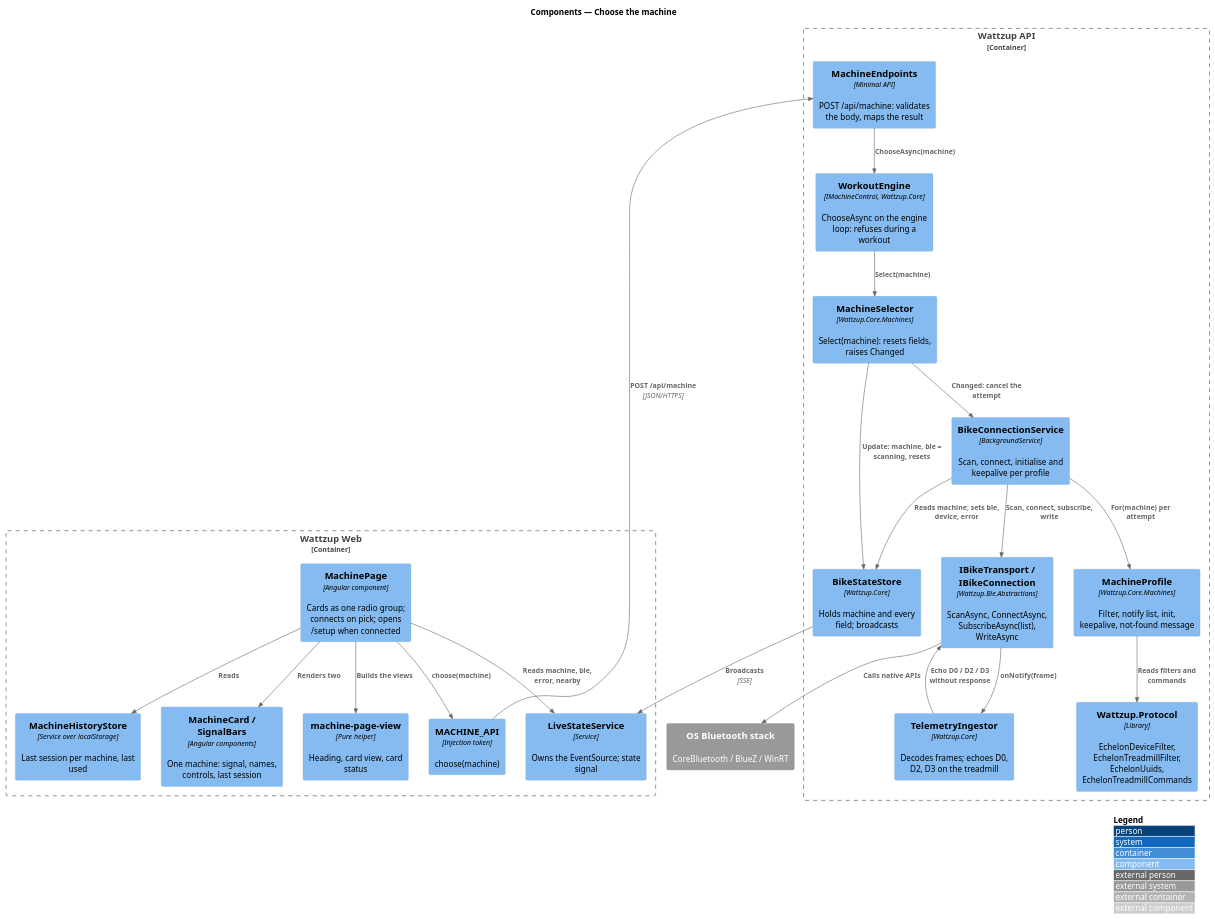
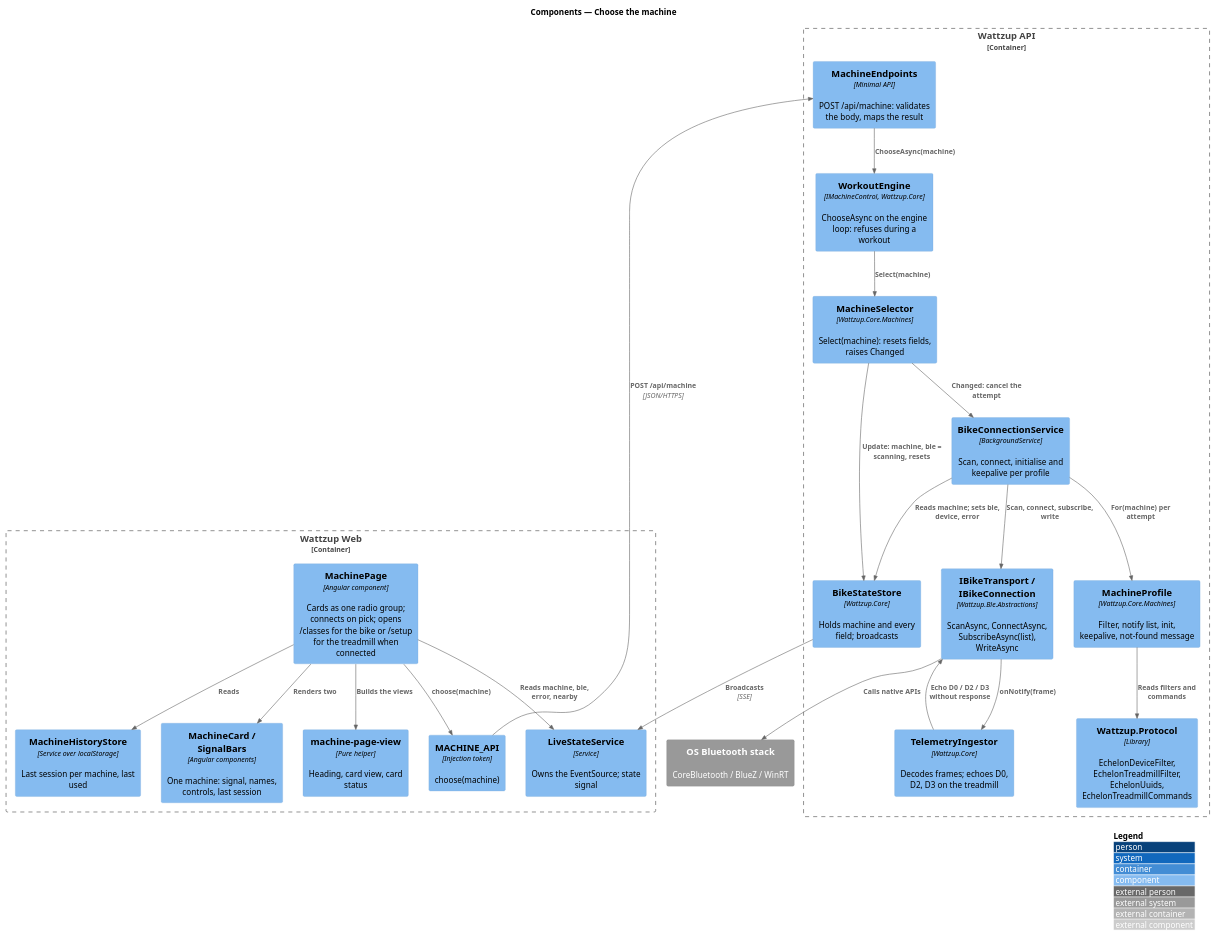
The diagram in docs/detailed-designs/treadmill/choose-machine/diagrams/c4-component.puml (QuinntyneBrown/ride-one), drawn with PlantUML before and after one commit. The commit also changed 47 other files, not shown here.

```diff
--- a/docs/detailed-designs/treadmill/choose-machine/diagrams/c4-component.puml
+++ b/docs/detailed-designs/treadmill/choose-machine/diagrams/c4-component.puml
@@ -1,45 +1,45 @@
 @startuml
 !include <C4/C4_Component>
 LAYOUT_WITH_LEGEND()
 title Components — Choose the machine
 
 Container_Boundary(web, "Wattzup Web") {
-  Component(page, "MachinePage", "Angular component", "Cards as one radio group; connects on pick; opens /setup when connected")
+  Component(page, "MachinePage", "Angular component", "Cards as one radio group; connects on pick; opens /classes for the bike or /setup for the treadmill when connected")
   Component(card, "MachineCard / SignalBars", "Angular components", "One machine: signal, names, controls, last session")
   Component(view, "machine-page-view", "Pure helper", "Heading, card view, card status")
   Component(history, "MachineHistoryStore", "Service over localStorage", "Last session per machine, last used")
   Component(live, "LiveStateService", "Service", "Owns the EventSource; state signal")
   Component(mapi, "MACHINE_API", "Injection token", "choose(machine)")
 }
 Container_Boundary(api, "Wattzup API") {
   Component(ep, "MachineEndpoints", "Minimal API", "POST /api/machine: validates the body, maps the result")
   Component(engine, "WorkoutEngine", "IMachineControl, Wattzup.Core", "ChooseAsync on the engine loop: refuses during a workout")
   Component(sel, "MachineSelector", "Wattzup.Core.Machines", "Select(machine): resets fields, raises Changed")
   Component(profile, "MachineProfile", "Wattzup.Core.Machines", "Filter, notify list, init, keepalive, not-found message")
   Component(svc, "BikeConnectionService", "BackgroundService", "Scan, connect, initialise and keepalive per profile")
   Component(ingest, "TelemetryIngestor", "Wattzup.Core", "Decodes frames; echoes D0, D2, D3 on the treadmill")
   Component(store, "BikeStateStore", "Wattzup.Core", "Holds machine and every field; broadcasts")
   Component(proto, "Wattzup.Protocol", "Library", "EchelonDeviceFilter, EchelonTreadmillFilter, EchelonUuids, EchelonTreadmillCommands")
   Component(transport, "IBikeTransport / IBikeConnection", "Wattzup.Ble.Abstractions", "ScanAsync, ConnectAsync, SubscribeAsync(list), WriteAsync")
 }
 System_Ext(os, "OS Bluetooth stack", "CoreBluetooth / BlueZ / WinRT")
 
 Rel(page, card, "Renders two")
 Rel(page, view, "Builds the views")
 Rel(page, history, "Reads")
 Rel(page, live, "Reads machine, ble, error, nearby")
 Rel(page, mapi, "choose(machine)")
 Rel(mapi, ep, "POST /api/machine", "JSON/HTTPS")
 Rel(store, live, "Broadcasts", "SSE")
 Rel(ep, engine, "ChooseAsync(machine)")
 Rel(engine, sel, "Select(machine)")
 Rel(sel, store, "Update: machine, ble = scanning, resets")
 Rel(sel, svc, "Changed: cancel the attempt")
 Rel(svc, store, "Reads machine; sets ble, device, error")
 Rel(svc, profile, "For(machine) per attempt")
 Rel(profile, proto, "Reads filters and commands")
 Rel(svc, transport, "Scan, connect, subscribe, write")
 Rel(transport, ingest, "onNotify(frame)")
 Rel(ingest, transport, "Echo D0 / D2 / D3 without response")
 Rel(transport, os, "Calls native APIs")
 @enduml
```
